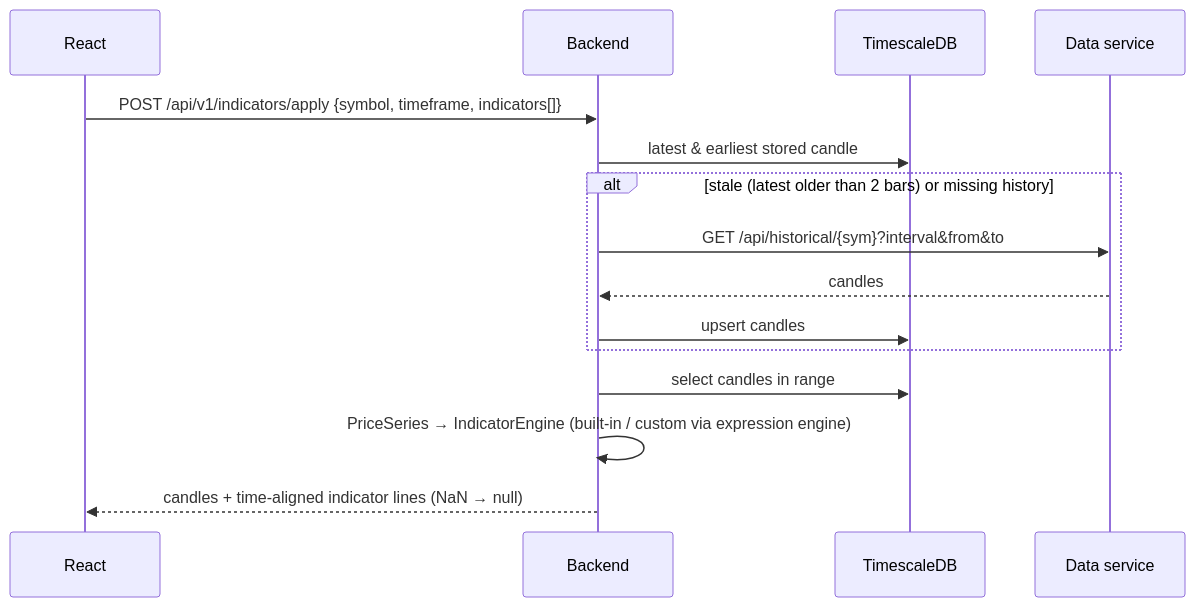
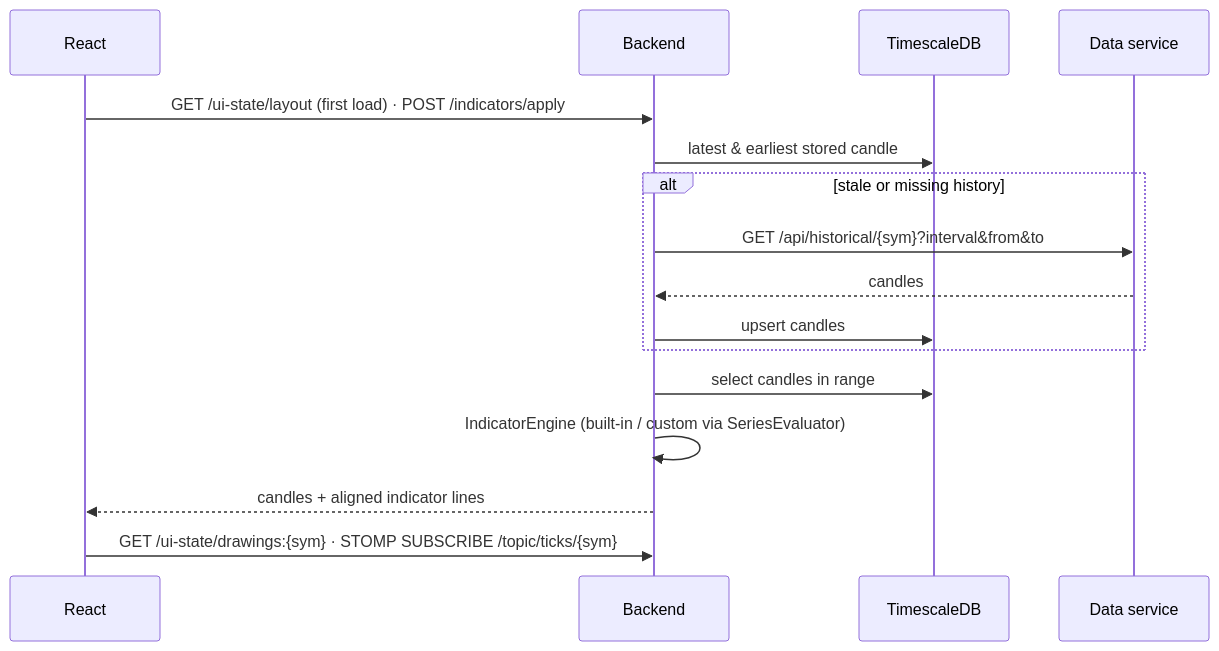
The second of 3 diagrams in ARCHITECTURE.md (mee-omi/stockcharts), drawn with Mermaid before and after one commit. The commit also changed other lines of this file and 1 other file, not shown here.

First line of the commit message:
Docs: README and ARCHITECTURE for the new features and operations

````diff
--- a/ARCHITECTURE.md
+++ b/ARCHITECTURE.md
@@ -219,17 +277,18 @@
 ```mermaid
 sequenceDiagram
     participant UI as React
     participant BE as Backend
     participant DB as TimescaleDB
     participant DS as Data service
-    UI->>BE: POST /api/v1/indicators/apply {symbol, timeframe, indicators[]}
+    UI->>BE: GET /ui-state/layout (first load) · POST /indicators/apply
     BE->>DB: latest & earliest stored candle
-    alt stale (latest older than 2 bars) or missing history
+    alt stale or missing history
         BE->>DS: GET /api/historical/{sym}?interval&from&to
         DS-->>BE: candles
         BE->>DB: upsert candles
     end
     BE->>DB: select candles in range
-    BE->>BE: PriceSeries → IndicatorEngine (built-in / custom via expression engine)
-    BE-->>UI: candles + time-aligned indicator lines (NaN → null)
+    BE->>BE: IndicatorEngine (built-in / custom via SeriesEvaluator)
+    BE-->>UI: candles + aligned indicator lines
+    UI->>BE: GET /ui-state/drawings:{sym} · STOMP SUBSCRIBE /topic/ticks/{sym}
 ```
````
